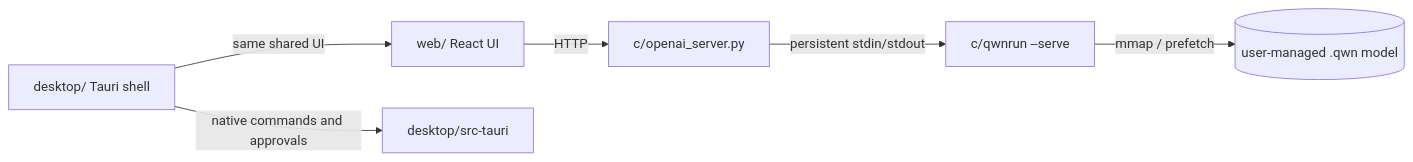
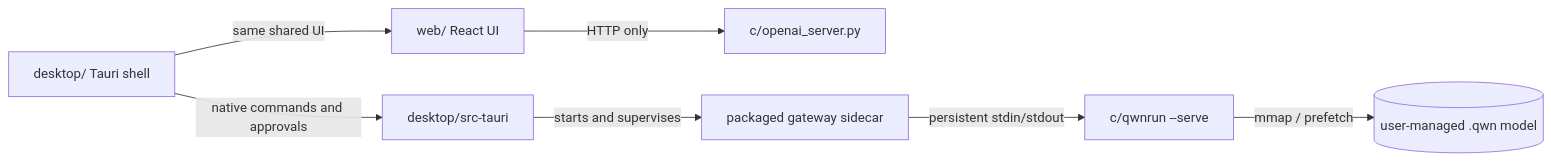
One commit to SaifHu98/Qwanto changed the diagram in README.md. Above: the diagram before and after it, drawn with Mermaid. The commit also changed other lines of this file and 29 other files, not shown here.

````diff
--- a/README.md
+++ b/README.md
@@ -39,8 +41,9 @@
 ```mermaid
 flowchart LR
-  Browser[web/ React UI] -->|HTTP| Gateway[c/openai_server.py]
+  Browser[web/ React UI] -->|HTTP only| Gateway[c/openai_server.py]
   Desktop[desktop/ Tauri shell] -->|same shared UI| Browser
   Desktop -->|native commands and approvals| Rust[desktop/src-tauri]
-  Gateway -->|persistent stdin/stdout| Qwnrun[c/qwnrun --serve]
+  Rust -->|starts and supervises| Sidecar[packaged gateway sidecar]
+  Sidecar -->|persistent stdin/stdout| Qwnrun[c/qwnrun --serve]
   Qwnrun -->|mmap / prefetch| QWN[(user-managed .qwn model)]
 ```
````
